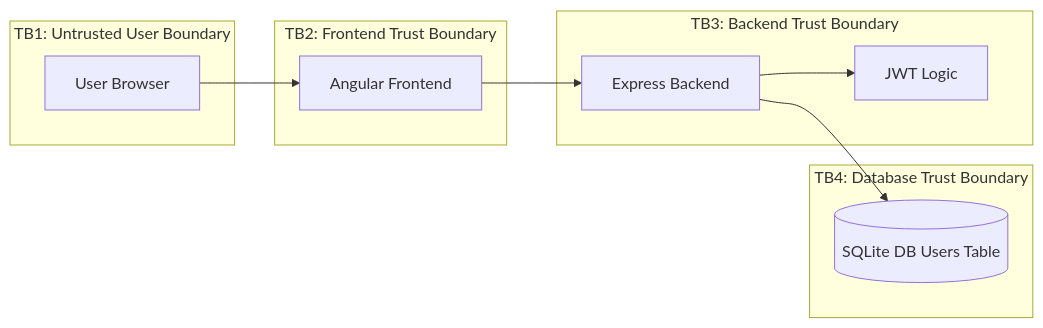
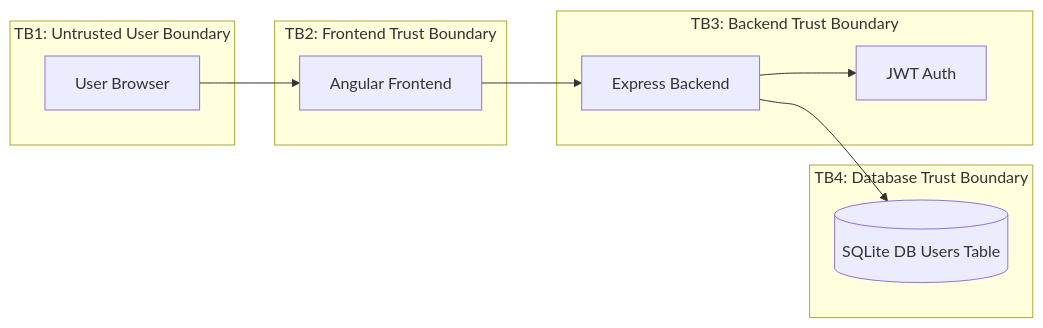
Before and after one commit to JosephJ12/CTF-Walkthroughs: the third of 3 diagrams in Cybersecurity-Portfolio/Threat Modeling - OWASP Juice Shop/README.md, drawn with Mermaid. The commit also changed other lines of this file, not shown here.

````diff
--- a/Cybersecurity-Portfolio/Threat Modeling - OWASP Juice Shop/README.md
+++ b/Cybersecurity-Portfolio/Threat Modeling - OWASP Juice Shop/README.md
@@ -83,24 +83,24 @@
 ```mermaid
 flowchart LR
     subgraph TB1["TB1: Untrusted User Boundary"]
         U[User Browser]
     end
 
     subgraph TB2["TB2: Frontend Trust Boundary"]
         FE[Angular Frontend]
     end
 
     subgraph TB3["TB3: Backend Trust Boundary"]
         APP[Express Backend]
-        JWT[JWT Logic]
+        JWT[JWT Auth]
     end
 
     subgraph TB4["TB4: Database Trust Boundary"]
         DB[(SQLite DB Users Table)]
     end
 
     U --> FE
     FE --> APP
     APP --> JWT
     APP --> DB
 ```
````
